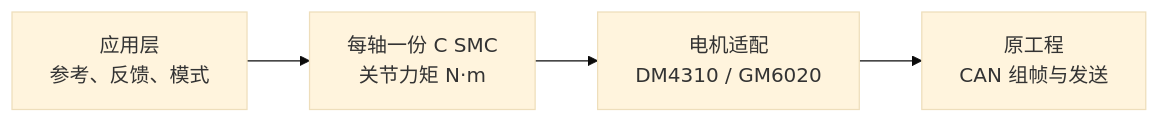
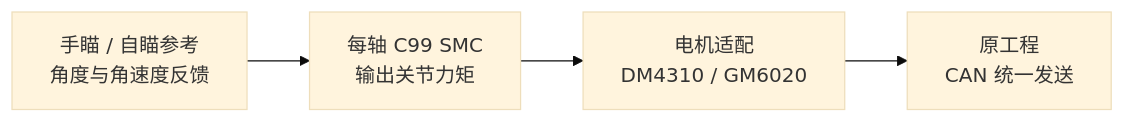
Before and after one commit to LYHrmer/robomaster-smc-controller: the diagram in README.md, drawn with Mermaid (base theme). The commit also changed other lines of this file and 3 other files, not shown here.

````diff
--- a/README.md
+++ b/README.md
@@ -49,6 +41,6 @@
 ```mermaid
 flowchart LR
-    A["应用层<br/>参考、反馈、模式"] --> B["每轴一份 C SMC<br/>关节力矩 N·m"]
+    A["手瞄 / 自瞄参考<br/>角度与角速度反馈"] --> B["每轴 C99 SMC<br/>输出关节力矩"]
     B --> C["电机适配<br/>DM4310 / GM6020"]
-    C --> D["原工程<br/>CAN 组帧与发送"]
+    C --> D["原工程<br/>CAN 统一发送"]
 ```
````
